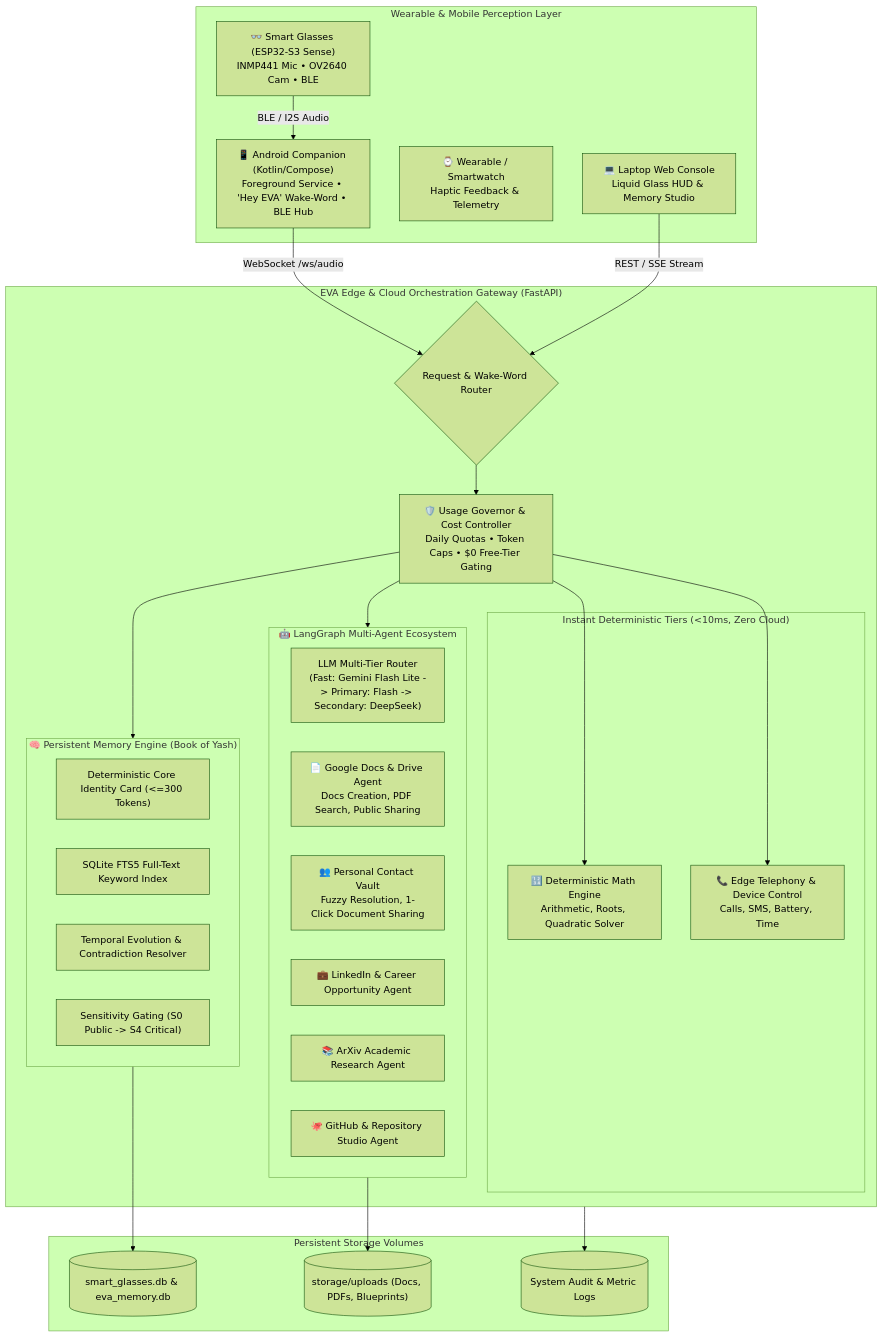
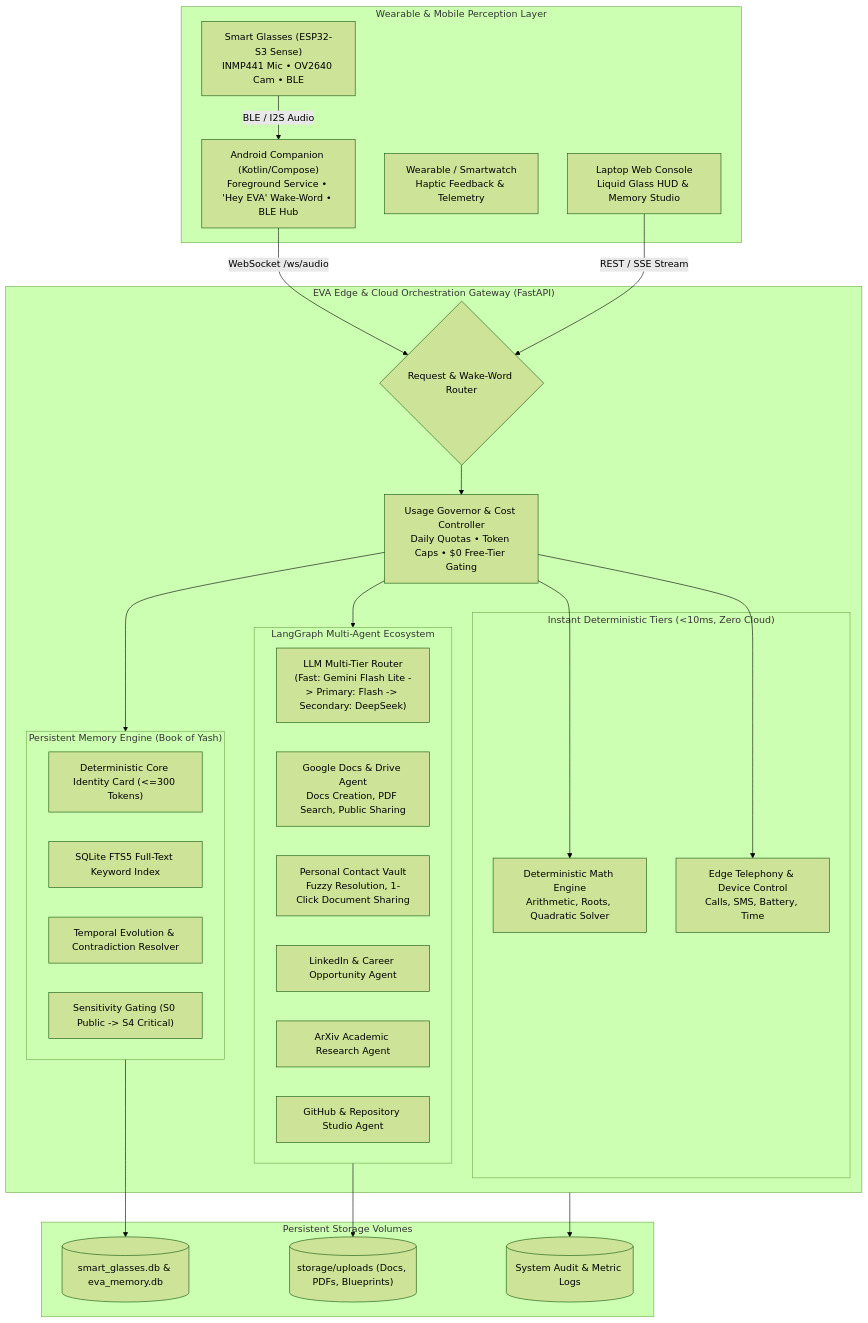
One commit to yashanandingole12-gif/smart-glasses-ai changed the diagram in README.md. Above: the diagram before and after it, drawn with Mermaid (forest theme). The commit also changed other lines of this file and 5 other files, not shown here.

Commit message:
feat: implement memory contradiction and temporal graph engines, new agents, and fallback tests

````diff
--- a/README.md
+++ b/README.md
@@ -26,55 +26,55 @@
 ```mermaid
 flowchart TB
     subgraph WearableLayer["Wearable & Mobile Perception Layer"]
-        Glasses["👓 Smart Glasses (ESP32-S3 Sense)\nINMP441 Mic • OV2640 Cam • BLE"]
-        Android["📱 Android Companion (Kotlin/Compose)\nForeground Service • 'Hey EVA' Wake-Word • BLE Hub"]
-        Watch["⌚ Wearable / Smartwatch\nHaptic Feedback & Telemetry"]
-        Laptop["💻 Laptop Web Console\nLiquid Glass HUD & Memory Studio"]
+        Glasses[" Smart Glasses (ESP32-S3 Sense)\nINMP441 Mic • OV2640 Cam • BLE"]
+        Android[" Android Companion (Kotlin/Compose)\nForeground Service • 'Hey EVA' Wake-Word • BLE Hub"]
+        Watch[" Wearable / Smartwatch\nHaptic Feedback & Telemetry"]
+        Laptop[" Laptop Web Console\nLiquid Glass HUD & Memory Studio"]
     end
 
     subgraph CoreGateway["EVA Edge & Cloud Orchestration Gateway (FastAPI)"]
         WakeRouter{"Request & Wake-Word Router"}
-        Governor["🛡️ Usage Governor & Cost Controller\nDaily Quotas • Token Caps • $0 Free-Tier Gating"]
+        Governor[" Usage Governor & Cost Controller\nDaily Quotas • Token Caps • $0 Free-Tier Gating"]
         
         subgraph LocalTiers["Instant Deterministic Tiers (<10ms, Zero Cloud)"]
-            Math["🔢 Deterministic Math Engine\nArithmetic, Roots, Quadratic Solver"]
-            Telephony["📞 Edge Telephony & Device Control\nCalls, SMS, Battery, Time"]
+            Math[" Deterministic Math Engine\nArithmetic, Roots, Quadratic Solver"]
+            Telephony[" Edge Telephony & Device Control\nCalls, SMS, Battery, Time"]
         end
         
-        subgraph MemoryEngine["🧠 Persistent Memory Engine (Book of Yash)"]
+        subgraph MemoryEngine[" Persistent Memory Engine (Book of Yash)"]
             CoreCard["Deterministic Core Identity Card (<=300 Tokens)"]
             FTS5["SQLite FTS5 Full-Text Keyword Index"]
             Evolution["Temporal Evolution & Contradiction Resolver"]
             Sensitivity["Sensitivity Gating (S0 Public -> S4 Critical)"]
         end
 
-        subgraph MultiAgentGraph["🤖 LangGraph Multi-Agent Ecosystem"]
+        subgraph MultiAgentGraph[" LangGraph Multi-Agent Ecosystem"]
             Router["LLM Multi-Tier Router\n(Fast: Gemini Flash Lite -> Primary: Flash -> Secondary: DeepSeek)"]
-            DocsAgent["📄 Google Docs & Drive Agent\nDocs Creation, PDF Search, Public Sharing"]
-            ContactsAgent["👥 Personal Contact Vault\nFuzzy Resolution, 1-Click Document Sharing"]
-            LinkedInAgent["💼 LinkedIn & Career Opportunity Agent"]
-            ResearchAgent["📚 ArXiv Academic Research Agent"]
-            GitHubAgent["🐙 GitHub & Repository Studio Agent"]
+            DocsAgent[" Google Docs & Drive Agent\nDocs Creation, PDF Search, Public Sharing"]
+            ContactsAgent[" Personal Contact Vault\nFuzzy Resolution, 1-Click Document Sharing"]
+            LinkedInAgent[" LinkedIn & Career Opportunity Agent"]
+            ResearchAgent[" ArXiv Academic Research Agent"]
+            GitHubAgent[" GitHub & Repository Studio Agent"]
         end
     end
 
     subgraph PermanentStorage["Persistent Storage Volumes"]
         DB[("smart_glasses.db & eva_memory.db")]
         Uploads[("storage/uploads (Docs, PDFs, Blueprints)")]
         Logs[("System Audit & Metric Logs")]
     end
 
     Glasses -->|BLE / I2S Audio| Android
     Android -->|WebSocket /ws/audio| WakeRouter
     Laptop -->|REST / SSE Stream| WakeRouter
     
     WakeRouter --> Governor
     Governor --> Math
     Governor --> Telephony
     Governor --> MemoryEngine
     Governor --> MultiAgentGraph
     
     MemoryEngine --> DB
     MultiAgentGraph --> Uploads
     CoreGateway --> Logs
 ```
````
